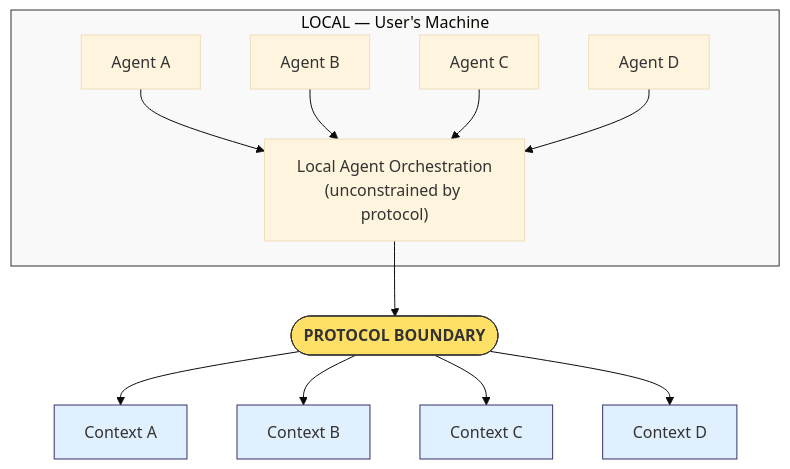
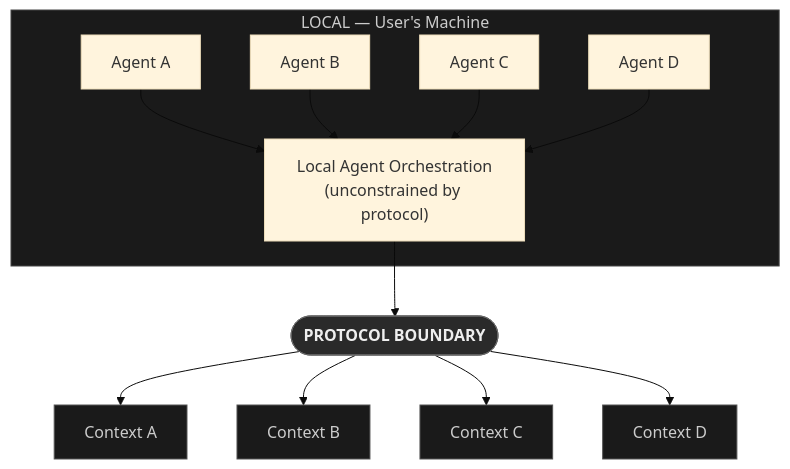
Before and after one commit to limn-works/scp: the first of 3 diagrams in .docs/white-paper.md, drawn with Mermaid (base theme). The commit also changed other lines of this file, not shown here.

First line of the commit message:
docs(white-paper): dark monochrome diagram palette

````diff
--- a/.docs/white-paper.md
+++ b/.docs/white-paper.md
@@ -122,21 +122,21 @@
 ```mermaid
 flowchart TD
     subgraph local["LOCAL — User's Machine"]
         A["Agent A"] & B["Agent B"] & C["Agent C"] & D["Agent D"]
         A & B & C & D --> orch["Local Agent Orchestration\n(unconstrained by protocol)"]
     end
 
     orch --> boundary(["PROTOCOL BOUNDARY"])
 
     boundary --> ctxA["Context A"]
     boundary --> ctxB["Context B"]
     boundary --> ctxC["Context C"]
     boundary --> ctxD["Context D"]
 
-    style local fill:#f9f9f9,stroke:#333
-    style boundary fill:#ffe066,stroke:#333,font-weight:bold,color:#333
-    style ctxA fill:#e1f0ff,stroke:#336
-    style ctxB fill:#e1f0ff,stroke:#336
-    style ctxC fill:#e1f0ff,stroke:#336
-    style ctxD fill:#e1f0ff,stroke:#336
+    style local fill:#1a1a1a,stroke:#444,color:#ccc
+    style boundary fill:#2a2a2a,stroke:#666,font-weight:bold,color:#eee
+    style ctxA fill:#1a1a1a,stroke:#555,color:#ccc
+    style ctxB fill:#1a1a1a,stroke:#555,color:#ccc
+    style ctxC fill:#1a1a1a,stroke:#555,color:#ccc
+    style ctxD fill:#1a1a1a,stroke:#555,color:#ccc
 ```
````
